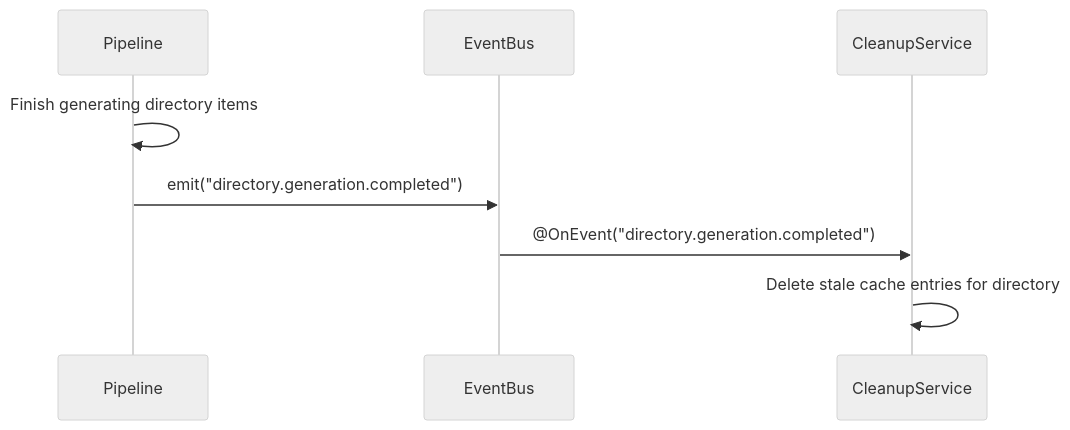
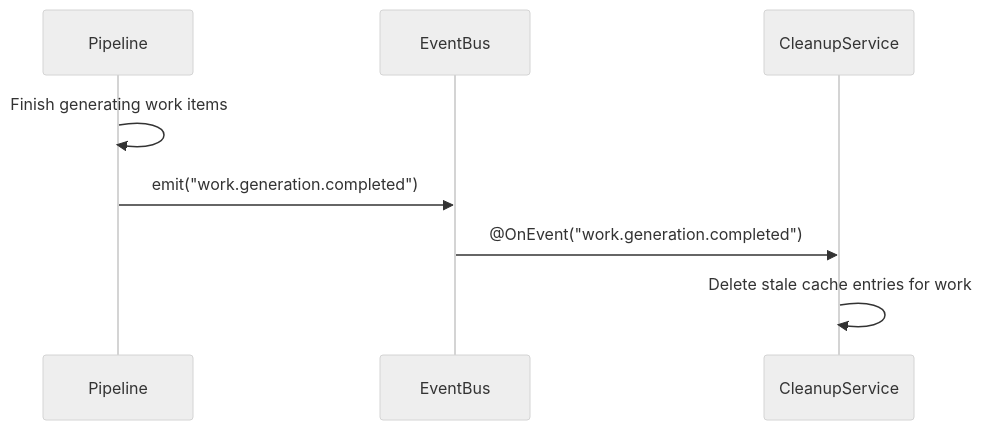
One commit to ever-works/ever-works changed the third of 3 diagrams in docs/architecture/events-deep-dive.md. Above: the diagram before and after it, drawn with Mermaid (neutral theme). The commit also changed other lines of this file and 395 other files, not shown here.

````diff
--- a/docs/architecture/events-deep-dive.md
+++ b/docs/architecture/events-deep-dive.md
@@ -264,11 +264,11 @@
 ```mermaid
 sequenceDiagram
     participant Pipeline
     participant EventBus
     participant CleanupService
 
-    Pipeline->>Pipeline: Finish generating directory items
-    Pipeline->>EventBus: emit("directory.generation.completed")
-    EventBus->>CleanupService: @OnEvent("directory.generation.completed")
-    CleanupService->>CleanupService: Delete stale cache entries for directory
+    Pipeline->>Pipeline: Finish generating work items
+    Pipeline->>EventBus: emit("work.generation.completed")
+    EventBus->>CleanupService: @OnEvent("work.generation.completed")
+    CleanupService->>CleanupService: Delete stale cache entries for work
 ```
````
